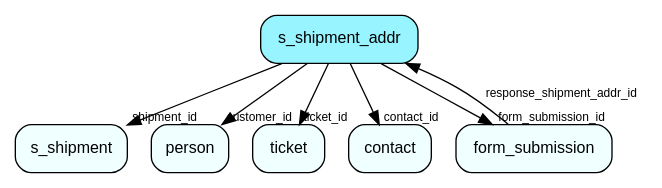
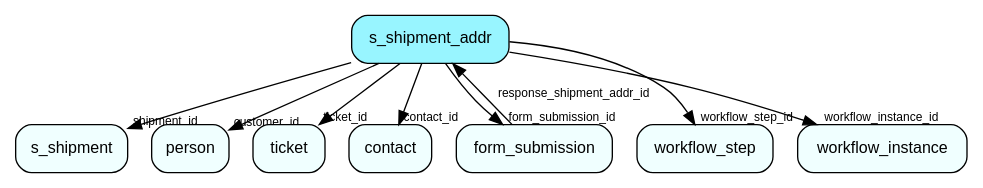
One commit to SuperOfficeDocs/superoffice-docs changed the diagram in docs/en/database/tables/media/s_shipment_addr.dot. Above: the diagram before and after it, drawn with Graphviz. The commit also changed 121 other files, not shown here.

```diff
--- a/docs/en/database/tables/media/s_shipment_addr.dot
+++ b/docs/en/database/tables/media/s_shipment_addr.dot
@@ -1,17 +1,21 @@
 digraph s_shipment_addr  {
 node [shape = box style="rounded, filled" fontname = "Helvetica" fontsize = "12" ]
 edge [fontname = "Helvetica" fontsize = "9"]
 
 s_shipment_addr[fillcolor = "cadetblue1"]
 s_shipment[fillcolor = "azure1"]
 person[fillcolor = "azure1"]
 ticket[fillcolor = "azure1"]
 contact[fillcolor = "azure1"]
 form_submission[fillcolor = "azure1"]
+workflow_step[fillcolor = "azure1"]
+workflow_instance[fillcolor = "azure1"]
 s_shipment_addr -> s_shipment [headlabel = "shipment_id"]
 s_shipment_addr -> person [headlabel = "customer_id"]
 s_shipment_addr -> ticket [headlabel = "ticket_id"]
 s_shipment_addr -> contact [headlabel = "contact_id"]
 s_shipment_addr -> form_submission [headlabel = "form_submission_id"]
+s_shipment_addr -> workflow_step [headlabel = "workflow_step_id"]
+s_shipment_addr -> workflow_instance [headlabel = "workflow_instance_id"]
 form_submission -> s_shipment_addr [label = "response_shipment_addr_id"]
 }
```
